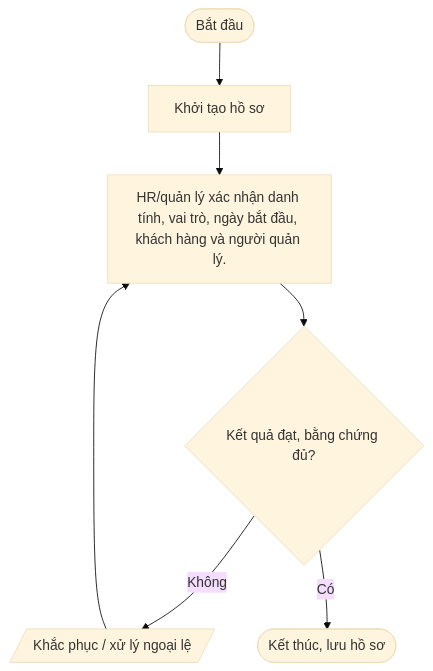
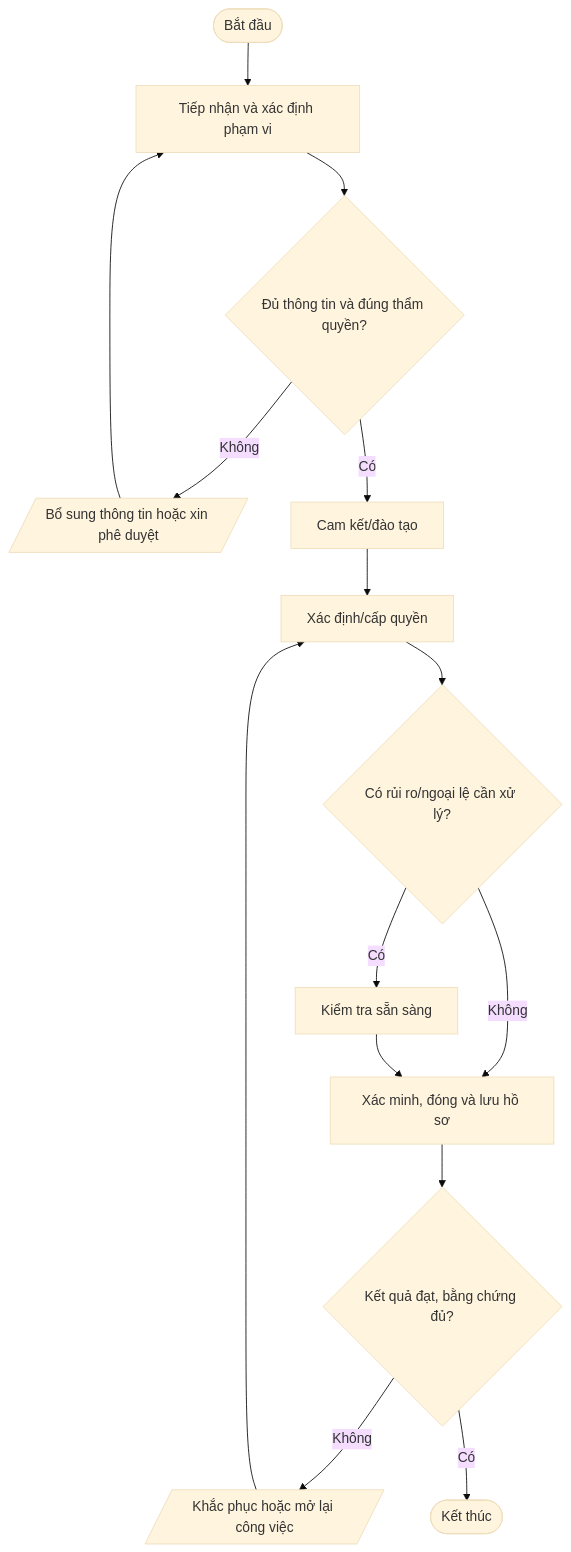
Before and after one commit to daoaigiangnam/Quy_Trinh_Chuan: the first of 5 diagrams in quy-trinh/05-Nhan-su/README.md, drawn with Mermaid (base theme). The commit also changed other lines of this file, not shown here.

Commit message:
docs: refine detailed procedure steps and Mermaid flowcharts

````diff
--- a/quy-trinh/05-Nhan-su/README.md
+++ b/quy-trinh/05-Nhan-su/README.md
@@ -48,11 +51,17 @@
 ```mermaid
 flowchart TD
-  A([Bắt đầu]) --> S1
-  S1["Khởi tạo hồ sơ"]
-  S2["HR/quản lý xác nhận danh tính, vai trò, ngày bắt đầu, khách hàng và người quản lý."]
-  S1 --> S2
-  S2 --> D2{"Kết quả đạt, bằng chứng đủ?"}
-  D2 -- Không --> REWORK[/"Khắc phục / xử lý ngoại lệ"/]
-  REWORK --> S2
-  D2 -- Có --> Z([Kết thúc, lưu hồ sơ])
+  A([Bắt đầu]) --> S1["Tiếp nhận và xác định phạm vi"]
+  S1 --> D1{"Đủ thông tin và đúng thẩm quyền?"}
+  D1 -- Không --> F1[/"Bổ sung thông tin hoặc xin phê duyệt"/]
+  F1 --> S1
+  D1 -- Có --> S2["Cam kết/đào tạo"]
+  S2 --> S3["Xác định/cấp quyền"]
+  S3 --> D2{"Có rủi ro/ngoại lệ cần xử lý?"}
+  D2 -- Có --> S4["Kiểm tra sẵn sàng"]
+  D2 -- Không --> S5["Xác minh, đóng và lưu hồ sơ"]
+  S4 --> S5
+  S5 --> D3{"Kết quả đạt, bằng chứng đủ?"}
+  D3 -- Không --> R[/"Khắc phục hoặc mở lại công việc"/]
+  R --> S3
+  D3 -- Có --> Z([Kết thúc])
 ```
````
